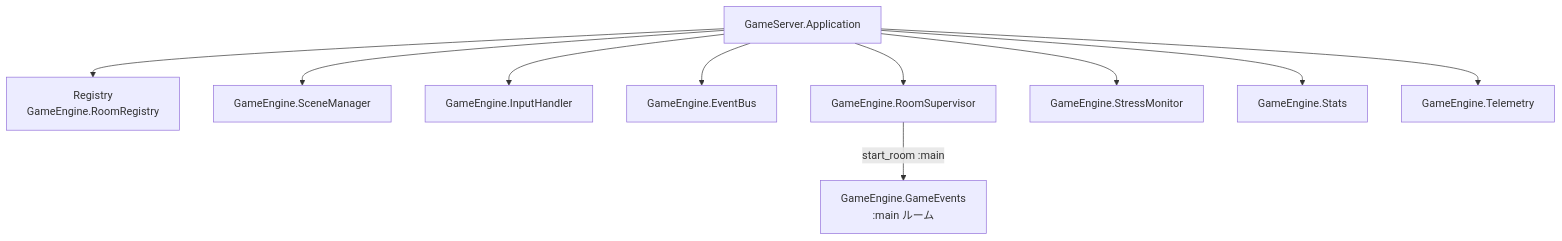
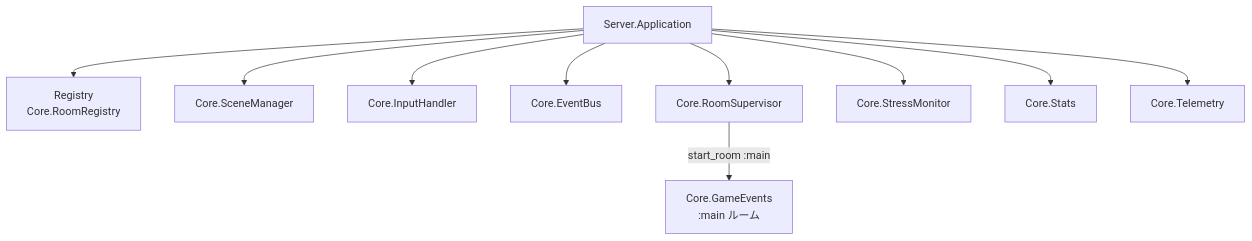
The second of 5 diagrams in docs/elixir-layer.md (FRICK-ELDY/alchemy-engine), drawn with Mermaid before and after one commit. The commit also changed other lines of this file and 13 other files, not shown here.

````diff
--- a/docs/elixir-layer.md
+++ b/docs/elixir-layer.md
@@ -31,23 +31,23 @@
 ```mermaid
 graph TD
-    APP[GameServer.Application]
-    REG[Registry<br/>GameEngine.RoomRegistry]
-    SM[GameEngine.SceneManager]
-    IH[GameEngine.InputHandler]
-    EB[GameEngine.EventBus]
-    RS[GameEngine.RoomSupervisor]
-    GEV[GameEngine.GameEvents<br/>:main ルーム]
-    MON[GameEngine.StressMonitor]
-    STATS[GameEngine.Stats]
-    TEL[GameEngine.Telemetry]
+    APP[Server.Application]
+    REG[Registry<br/>Core.RoomRegistry]
+    SM[Core.SceneManager]
+    IH[Core.InputHandler]
+    EB[Core.EventBus]
+    RS[Core.RoomSupervisor]
+    GEV[Core.GameEvents<br/>:main ルーム]
+    MON[Core.StressMonitor]
+    STATS[Core.Stats]
+    TEL[Core.Telemetry]
 
     APP --> REG
     APP --> SM
     APP --> IH
     APP --> EB
     APP --> RS
     RS -->|start_room :main| GEV
     APP --> MON
     APP --> STATS
     APP --> TEL
 ```
````
